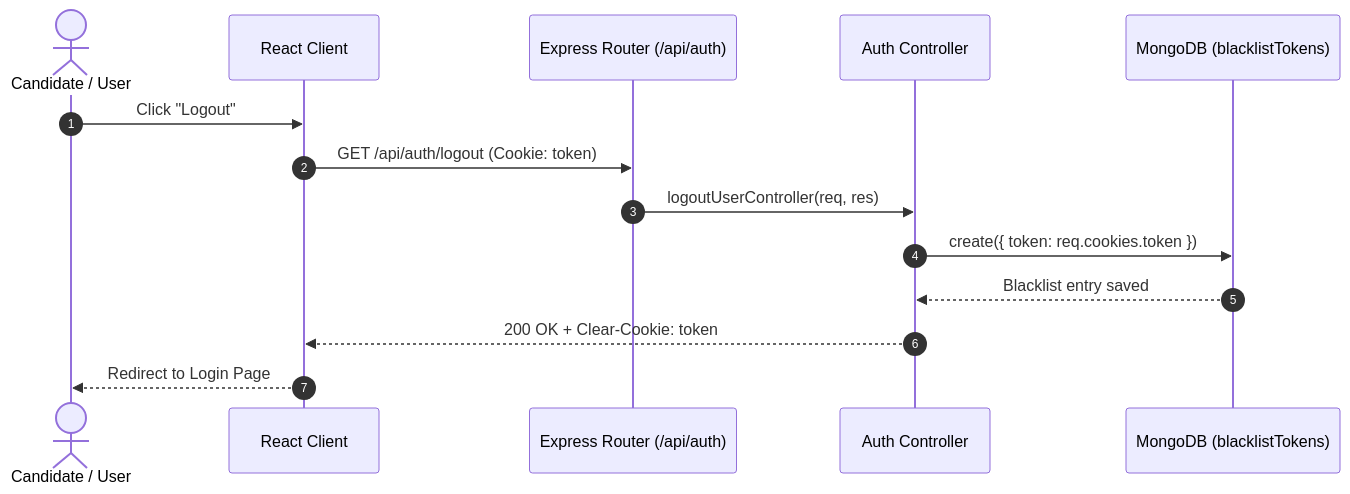
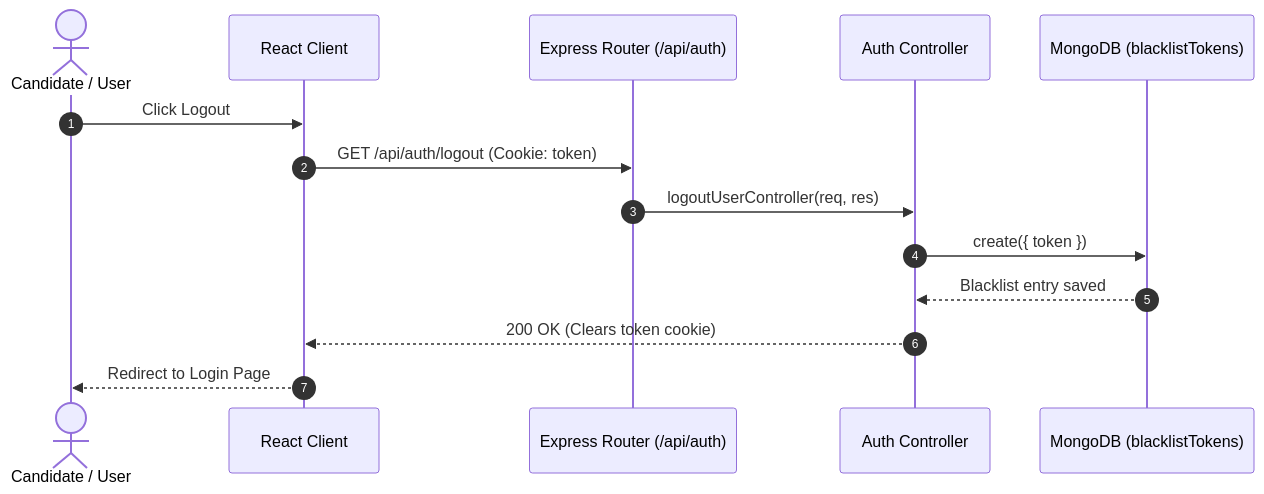
One commit to Shivam-S-Ramoliya/Gen-AI-Project changed the third of 7 diagrams in Documents/sequence_diagrams.md. Above: the diagram before and after it, drawn with Mermaid. The commit also changed other lines of this file and 4 other files, not shown here.

Commit message:
fix(docs): resolve Mermaid syntax and character escaping in sequence diagrams

````diff
--- a/Documents/sequence_diagrams.md
+++ b/Documents/sequence_diagrams.md
@@ -80,17 +80,17 @@
 ```mermaid
 sequenceDiagram
     autonumber
     actor User as Candidate / User
     participant Frontend as React Client
     participant AuthRouter as Express Router (/api/auth)
     participant AuthController as Auth Controller
     participant BlacklistModel as MongoDB (blacklistTokens)
 
-    User->>Frontend: Click "Logout"
+    User->>Frontend: Click Logout
     Frontend->>AuthRouter: GET /api/auth/logout (Cookie: token)
     AuthRouter->>AuthController: logoutUserController(req, res)
-    AuthController->>BlacklistModel: create({ token: req.cookies.token })
+    AuthController->>BlacklistModel: create({ token })
     BlacklistModel-->>AuthController: Blacklist entry saved
-    AuthController-->>Frontend: 200 OK + Clear-Cookie: token
+    AuthController-->>Frontend: 200 OK (Clears token cookie)
     Frontend-->>User: Redirect to Login Page
 ```
````
